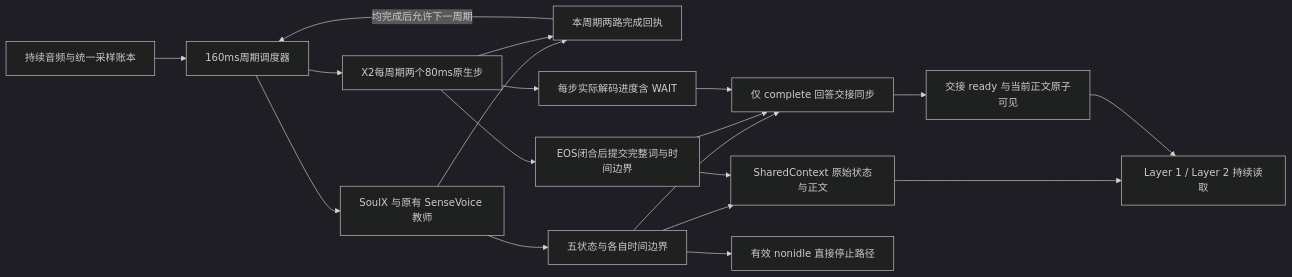
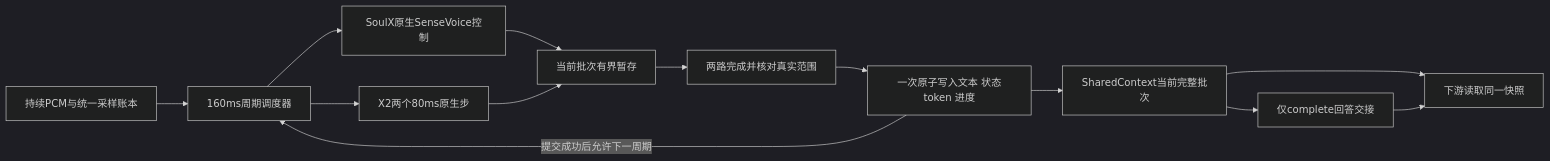
The first of 2 diagrams in docs/dev/SoulX-Duplug/independent_streaming_frontend.md (Vitalrubbish/InterClarify), drawn with Mermaid (dark theme) before and after one commit. The commit also changed other lines of this file and 15 other files, not shown here.

````diff
--- a/docs/dev/SoulX-Duplug/independent_streaming_frontend.md
+++ b/docs/dev/SoulX-Duplug/independent_streaming_frontend.md
@@ -15,21 +15,15 @@
 ```mermaid
 flowchart LR
-    A[持续音频与统一采样账本] --> Q[160ms周期调度器]
-    Q --> B[SoulX 与原有 SenseVoice 教师]
-    Q --> C[X2每周期两个80ms原生步]
-    B --> R[本周期两路完成回执]
-    C --> R
-    R -->|均完成后允许下一周期| Q
-    B --> D[五状态与各自时间边界]
-    C --> E[EOS闭合后提交完整词与时间边界]
-    D --> F[SharedContext 原始状态与正文]
-    E --> F
-    D --> I[仅 complete 回答交接同步]
-    E --> I
-    C --> J[每步实际解码进度含 WAIT]
-    J --> I
-    I --> K[交接 ready 与当前正文原子可见]
-    F --> G[Layer 1 / Layer 2 持续读取]
-    K --> G
-    D --> H[有效 nonidle 直接停止路径]
+    A[持续PCM与统一采样账本] --> Q[160ms周期调度器]
+    Q --> B[SoulX原生SenseVoice控制]
+    Q --> C[X2两个80ms原生步]
+    B --> P[当前批次有界暂存]
+    C --> P
+    P --> R[两路完成并核对真实范围]
+    R --> F[一次原子写入文本 状态token 进度]
+    F -->|提交成功后允许下一周期| Q
+    F --> S[SharedContext当前完整批次]
+    S --> L[下游读取同一快照]
+    S --> I[仅complete回答交接]
+    I --> L
 ```
````
